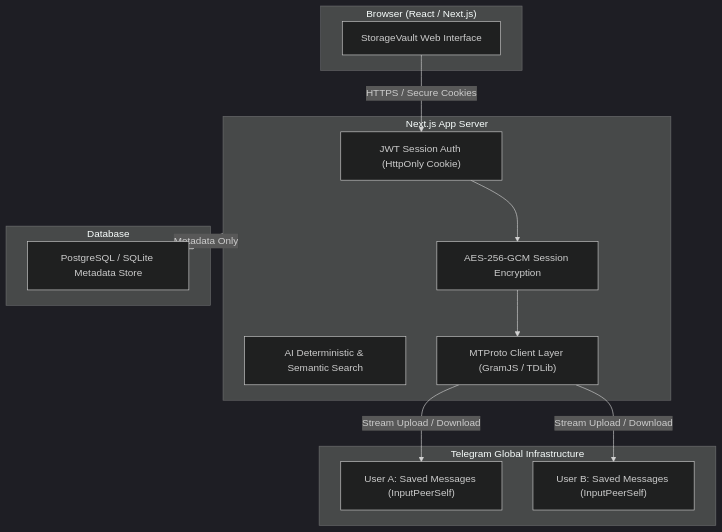
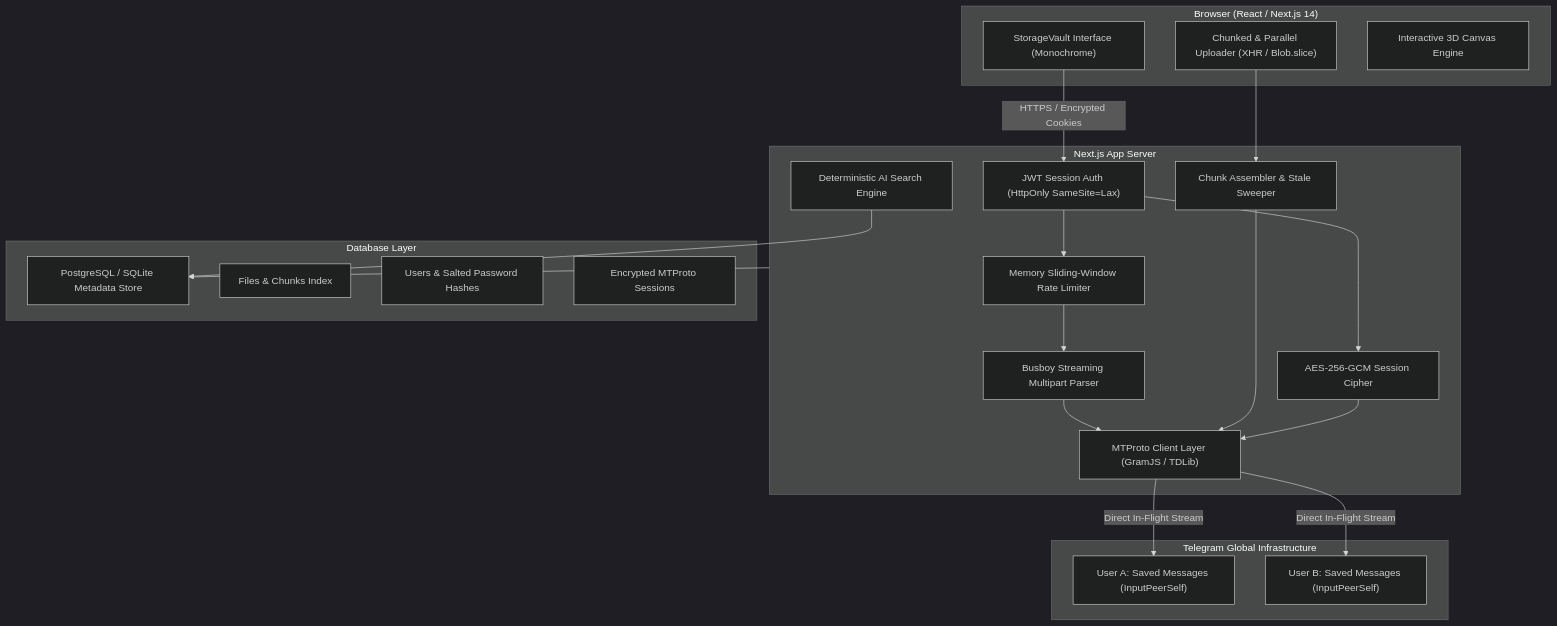
The diagram in README.md (Kshaurya-07/StorageVault), drawn with Mermaid (dark theme) before and after one commit. The commit also changed other lines of this file and 4 other files, not shown here.

Commit message:
docs: comprehensive README overhaul with complete architecture, API, and deployment guides

````diff
--- a/README.md
+++ b/README.md
@@ -33,29 +70,43 @@
 ```mermaid
 flowchart TD
-    subgraph Client["Browser (React / Next.js)"]
-        UI["StorageVault Web Interface"]
+    subgraph Client["Browser (React / Next.js 14)"]
+        UI["StorageVault Interface (Monochrome)"]
+        Uploader["Chunked & Parallel Uploader (XHR / Blob.slice)"]
+        Visualizer3D["Interactive 3D Canvas Engine"]
     end
 
     subgraph Server["Next.js App Server"]
-        Auth["JWT Session Auth (HttpOnly Cookie)"]
-        Crypto["AES-256-GCM Session Encryption"]
-        AISearch["AI Deterministic & Semantic Search"]
+        Auth["JWT Session Auth (HttpOnly SameSite=Lax)"]
+        RateLimit["Memory Sliding-Window Rate Limiter"]
+        BusboyParser["Busboy Streaming Multipart Parser"]
+        ChunkManager["Chunk Assembler & Stale Sweeper"]
+        Crypto["AES-256-GCM Session Cipher"]
+        AISearch["Deterministic AI Search Engine"]
         MTProto["MTProto Client Layer (GramJS / TDLib)"]
     end
 
-    subgraph DB["Database"]
+    subgraph Database["Database Layer"]
         PG["PostgreSQL / SQLite Metadata Store"]
+        FileModel["Files & Chunks Index"]
+        UserModel["Users & Salted Password Hashes"]
+        ConnModel["Encrypted MTProto Sessions"]
     end
 
     subgraph Telegram["Telegram Global Infrastructure"]
         SavedA["User A: Saved Messages (InputPeerSelf)"]
         SavedB["User B: Saved Messages (InputPeerSelf)"]
     end
 
-    UI -->|HTTPS / Secure Cookies| Auth
+    UI -->|HTTPS / Encrypted Cookies| Auth
+    Auth --> RateLimit
+    RateLimit --> BusboyParser
+    BusboyParser --> MTProto
+    Uploader --> ChunkManager
+    ChunkManager --> MTProto
     Auth --> Crypto
     Crypto --> MTProto
-    Server -->|Metadata Only| PG
-    MTProto -->|Stream Upload / Download| SavedA
-    MTProto -->|Stream Upload / Download| SavedB
+    AISearch --> PG
+    Server --> PG
+    MTProto -->|Direct In-Flight Stream| SavedA
+    MTProto -->|Direct In-Flight Stream| SavedB
 ```
````
